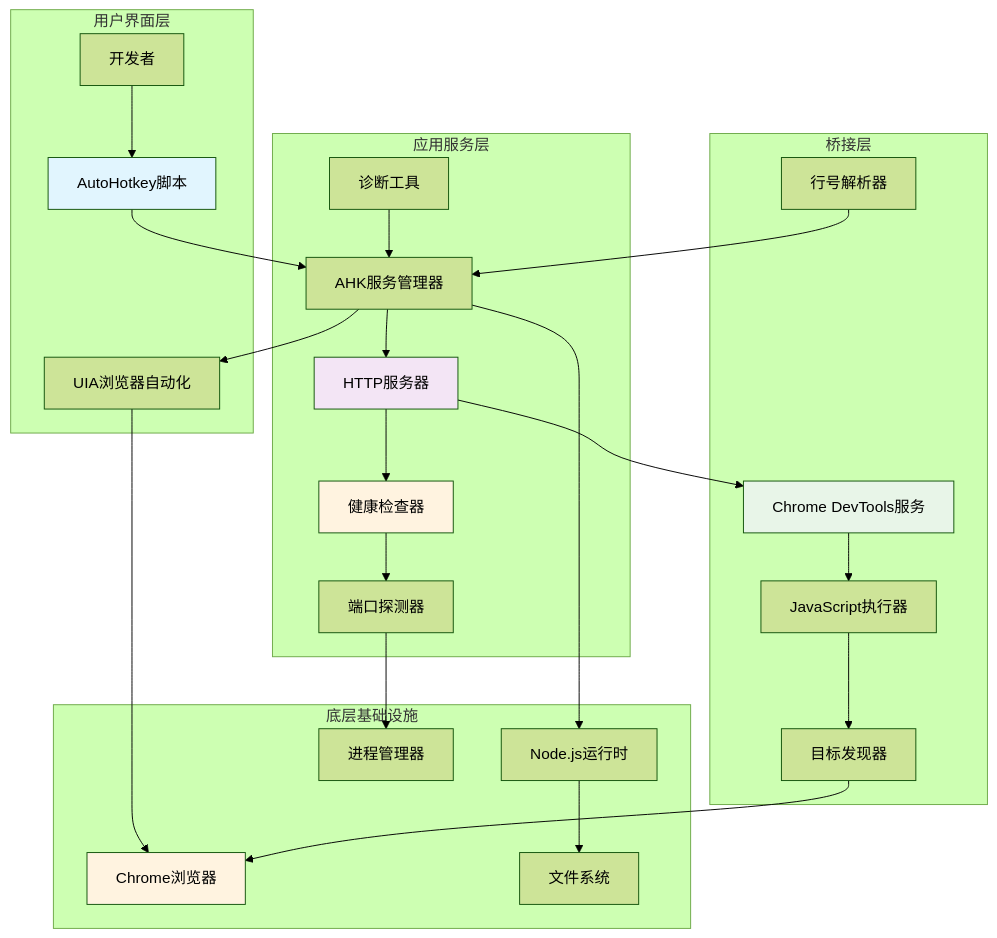
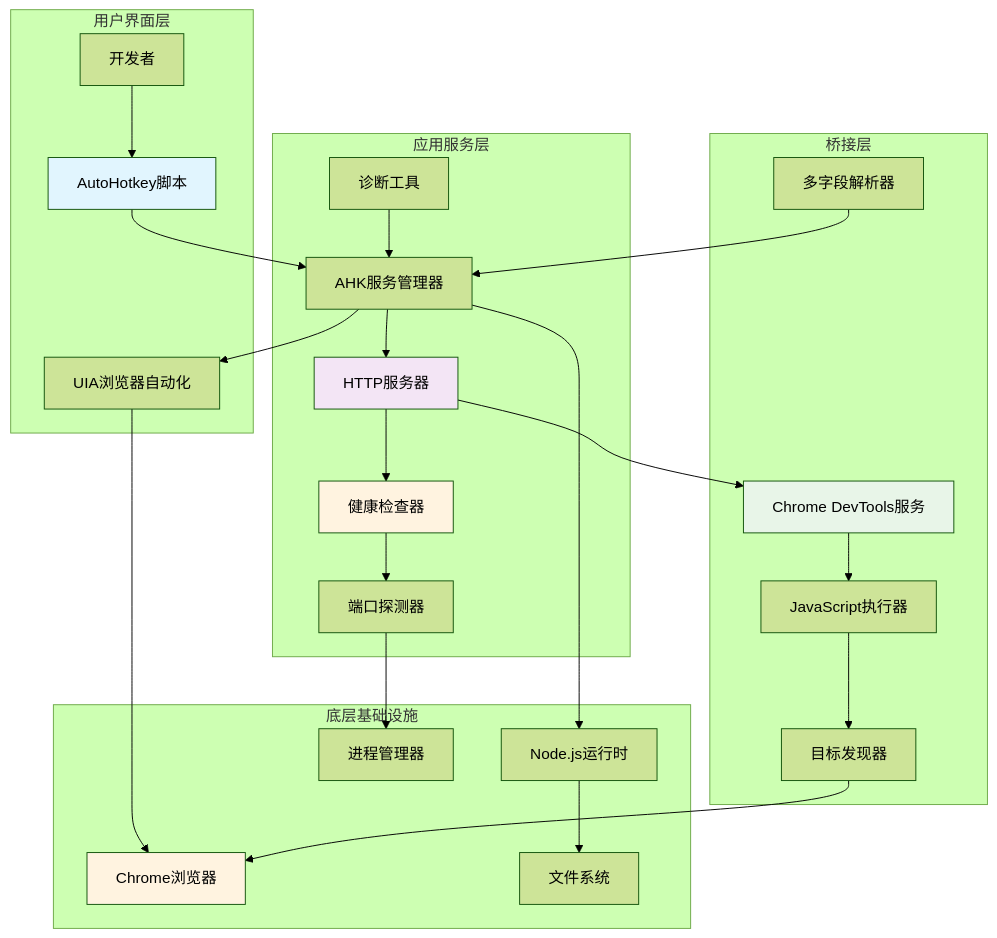
One commit to wangys-123doit/hotkey changed the second of 9 diagrams in .qoder/repowiki/zh/content/外部工具集成/Node.js桥接工具.md. Above: the diagram before and after it, drawn with Mermaid (forest theme). The commit also changed other lines of this file and 14 other files, not shown here.

````diff
--- a/.qoder/repowiki/zh/content/外部工具集成/Node.js桥接工具.md
+++ b/.qoder/repowiki/zh/content/外部工具集成/Node.js桥接工具.md
@@ -141,48 +144,48 @@
 ```mermaid
 graph TB
 subgraph "用户界面层"
 AHK[AutoHotkey脚本]
 User[开发者]
 UIA[UIA浏览器自动化]
 end
 subgraph "应用服务层"
 AHKService[AHK服务管理器]
 HTTPServer[HTTP服务器]
 HealthChecker[健康检查器]
 PortProbe[端口探测器]
 Diagnostic[诊断工具]
 end
 subgraph "桥接层"
 CDPServer[Chrome DevTools服务]
 JSEvaluator[JavaScript执行器]
 TargetFinder[目标发现器]
-LineParser[行号解析器]
+MultiFieldParser[多字段解析器]
 end
 subgraph "底层基础设施"
 Chrome[Chrome浏览器]
 NodeJS[Node.js运行时]
 FileSystem[文件系统]
 ProcessManager[进程管理器]
 end
 User --> AHK
 AHK --> AHKService
 AHKService --> HTTPServer
 HTTPServer --> HealthChecker
 HealthChecker --> PortProbe
 PortProbe --> ProcessManager
 AHKService --> UIA
 UIA --> Chrome
 HTTPServer --> CDPServer
 CDPServer --> JSEvaluator
 JSEvaluator --> TargetFinder
 TargetFinder --> Chrome
 AHKService --> NodeJS
 NodeJS --> FileSystem
-LineParser --> AHKService
+MultiFieldParser --> AHKService
 Diagnostic --> AHKService
 style AHK fill:#e1f5fe
 style HTTPServer fill:#f3e5f5
 style CDPServer fill:#e8f5e8
 style Chrome fill:#fff3e0
 style HealthChecker fill:#fff3e0
 ```
````
